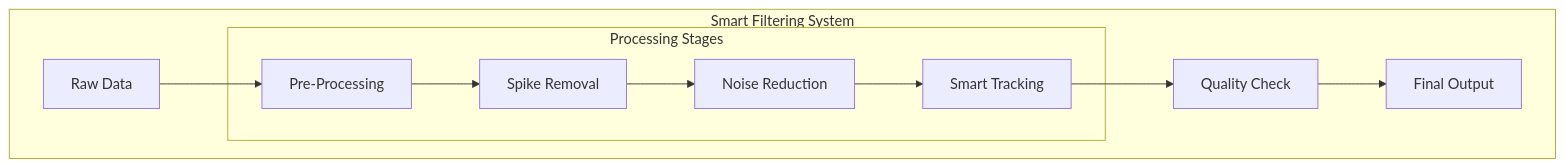
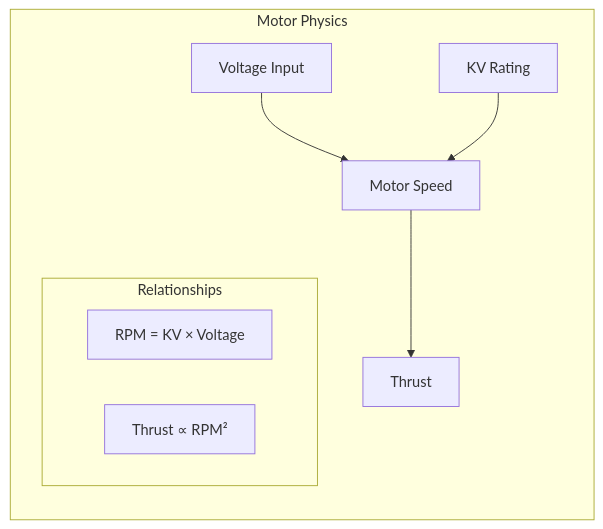
One commit to khairul-me/QuadcopterFromScratch changed the third of 7 diagrams in README.md. Above: the diagram before and after it, drawn with Mermaid. The commit also changed other lines of this file, not shown here.

````diff
--- a/README.md
+++ b/README.md
@@ -69,15 +99,14 @@
 ```mermaid
-flowchart TB
-    subgraph "Smart Filtering System"
-        Input[Raw Data] --> PreProcess[Pre-Processing]
+graph LR
+    subgraph "Motor Physics"
+        V[Voltage Input] --> RPM[Motor Speed]
+        RPM --> T[Thrust]
         
-        subgraph "Processing Stages"
-            PreProcess --> Filter1[Spike Removal]
-            Filter1 --> Filter2[Noise Reduction]
-            Filter2 --> Filter3[Smart Tracking]
+        KV[KV Rating] --> RPM
+        
+        subgraph "Relationships"
+            R1["RPM = KV × Voltage"]
+            R2["Thrust ∝ RPM²"]
         end
-        
-        Filter3 --> Quality[Quality Check]
-        Quality --> Output[Final Output]
     end
 ```
````
